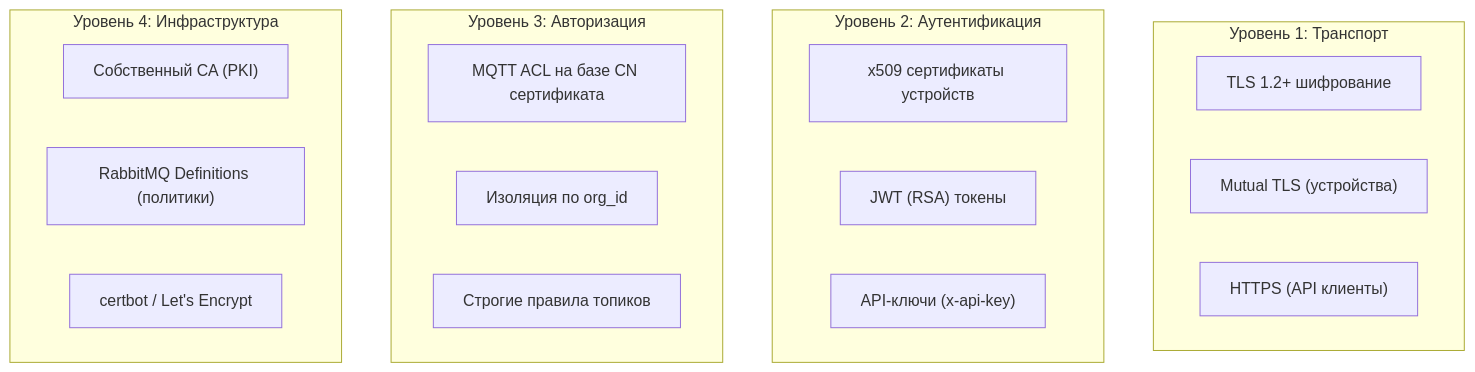
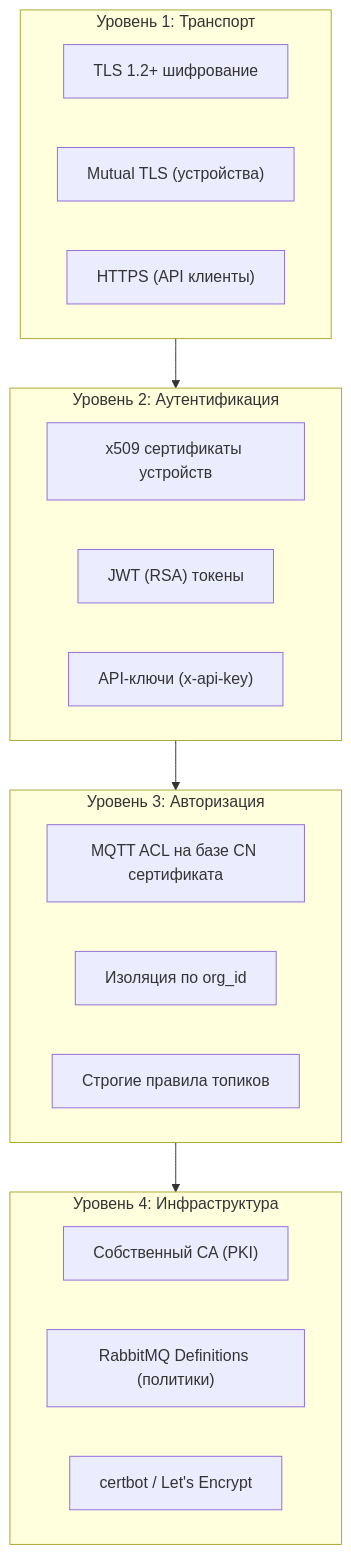
Before and after one commit to OlegLebedevRU/iot-rpc-rest-app: the sixth of 8 diagrams in docs/solution-presentation.md, drawn with Mermaid. The commit also changed other lines of this file, not shown here.

First line of the commit message:
docs: fix Mermaid/GitHub UI compatibility issues in solution-presentation.md

````diff
--- a/docs/solution-presentation.md
+++ b/docs/solution-presentation.md
@@ -419,26 +421,28 @@
 ```mermaid
 graph TB
-    subgraph "Уровень 1: Транспорт"
+    subgraph L1 ["Уровень 1: Транспорт"]
         TLS["TLS 1.2+ шифрование"]
         MTLS["Mutual TLS (устройства)"]
         HTTPS["HTTPS (API клиенты)"]
     end
 
-    subgraph "Уровень 2: Аутентификация"
+    subgraph L2 ["Уровень 2: Аутентификация"]
         X509["x509 сертификаты устройств"]
         JWT_AUTH["JWT (RSA) токены"]
         APIKEY["API-ключи (x-api-key)"]
     end
 
-    subgraph "Уровень 3: Авторизация"
+    subgraph L3 ["Уровень 3: Авторизация"]
         ACL["MQTT ACL на базе CN сертификата"]
         ORG["Изоляция по org_id"]
         TOPIC["Строгие правила топиков"]
     end
 
-    subgraph "Уровень 4: Инфраструктура"
+    subgraph L4 ["Уровень 4: Инфраструктура"]
         CA["Собственный CA (PKI)"]
         RMQ_DEF["RabbitMQ Definitions (политики)"]
         CERT_BOT["certbot / Let's Encrypt"]
     end
+
+    L1 --> L2 --> L3 --> L4
 ```
````
